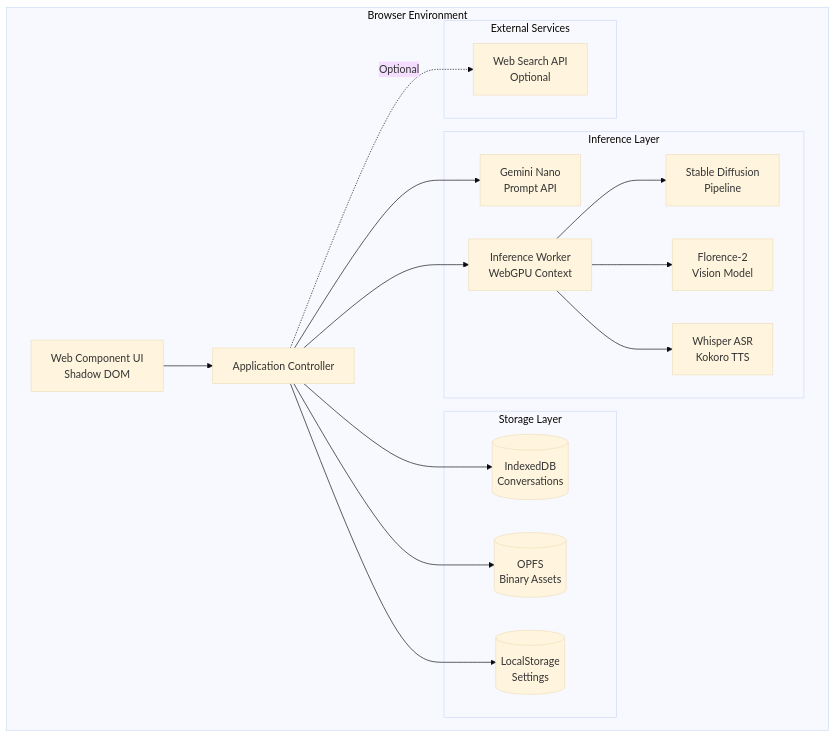
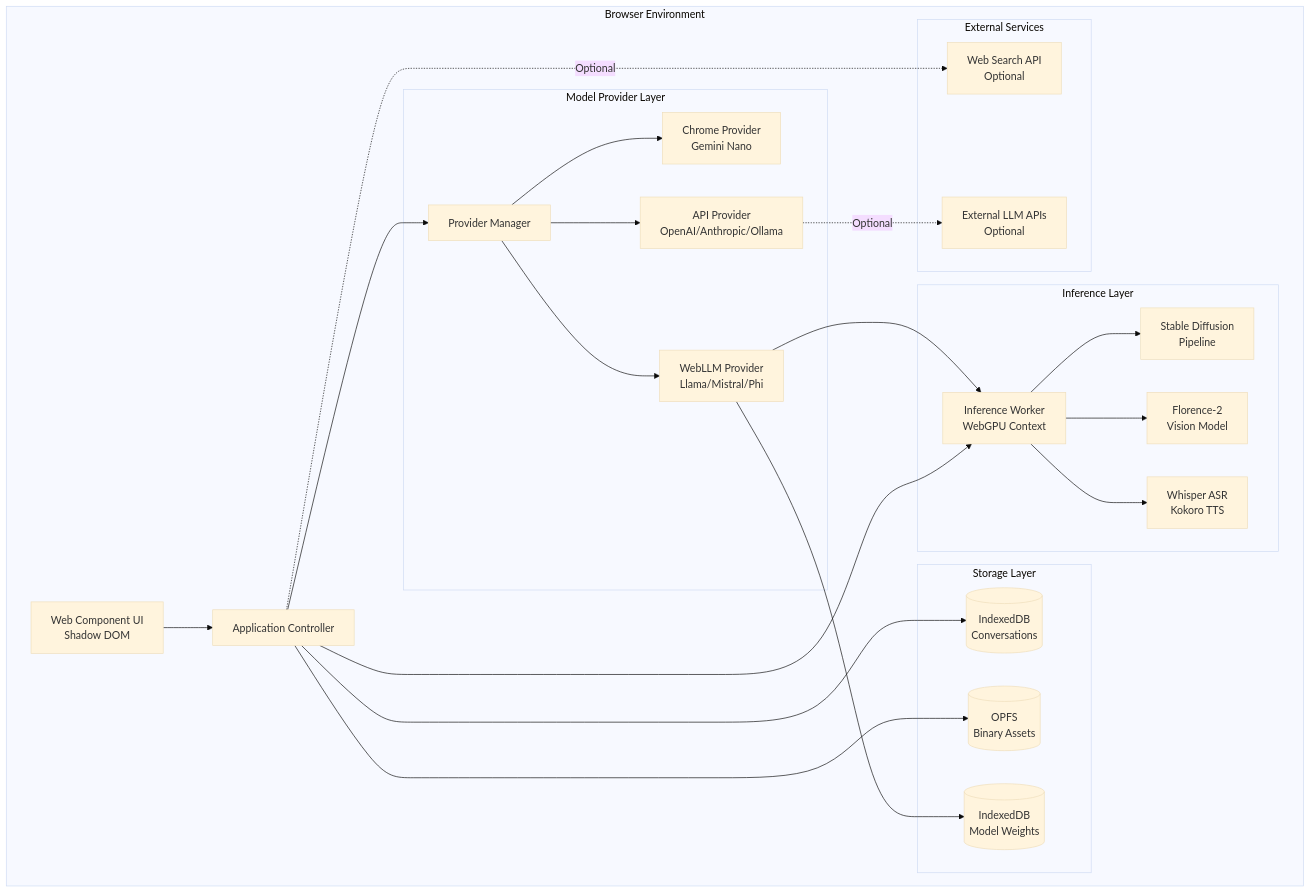
Before and after one commit to STREAMFOOL/in-browser-llm: the diagram in .kiro/specs/local-ai-assistant/design.md, drawn with Mermaid (base theme). The commit also changed other lines of this file and 2 other files, not shown here.

Commit message:
spec out webllm fallback for non-chrome

````diff
--- a/.kiro/specs/local-ai-assistant/design.md
+++ b/.kiro/specs/local-ai-assistant/design.md
@@ -13,36 +13,48 @@
 ```mermaid
 graph TB
     subgraph "Browser Environment"
         UI[Web Component UI<br/>Shadow DOM]
         Controller[Application Controller]
         
+        subgraph "Model Provider Layer"
+            ProviderManager[Provider Manager]
+            ChromeProvider[Chrome Provider<br/>Gemini Nano]
+            WebLLMProvider[WebLLM Provider<br/>Llama/Mistral/Phi]
+            APIProvider[API Provider<br/>OpenAI/Anthropic/Ollama]
+        end
+        
         subgraph "Inference Layer"
-            GeminiAPI[Gemini Nano<br/>Prompt API]
             InferenceWorker[Inference Worker<br/>WebGPU Context]
             ImageGen[Stable Diffusion<br/>Pipeline]
             VisionModel[Florence-2<br/>Vision Model]
             SpeechModels[Whisper ASR<br/>Kokoro TTS]
         end
         
         subgraph "Storage Layer"
             IndexDB[(IndexedDB<br/>Conversations)]
             OPFS[(OPFS<br/>Binary Assets)]
-            LocalStorage[(LocalStorage<br/>Settings)]
+            ModelCache[(IndexedDB<br/>Model Weights)]
         end
         
         subgraph "External Services"
             SearchAPI[Web Search API<br/>Optional]
+            ExternalLLM[External LLM APIs<br/>Optional]
         end
     end
     
     UI --> Controller
-    Controller --> GeminiAPI
+    Controller --> ProviderManager
+    ProviderManager --> ChromeProvider
+    ProviderManager --> WebLLMProvider
+    ProviderManager --> APIProvider
+    WebLLMProvider --> InferenceWorker
+    APIProvider -.Optional.-> ExternalLLM
     Controller --> InferenceWorker
     InferenceWorker --> ImageGen
     InferenceWorker --> VisionModel
     InferenceWorker --> SpeechModels
     Controller --> IndexDB
     Controller --> OPFS
-    Controller --> LocalStorage
+    WebLLMProvider --> ModelCache
     Controller -.Optional.-> SearchAPI
 ```
````
